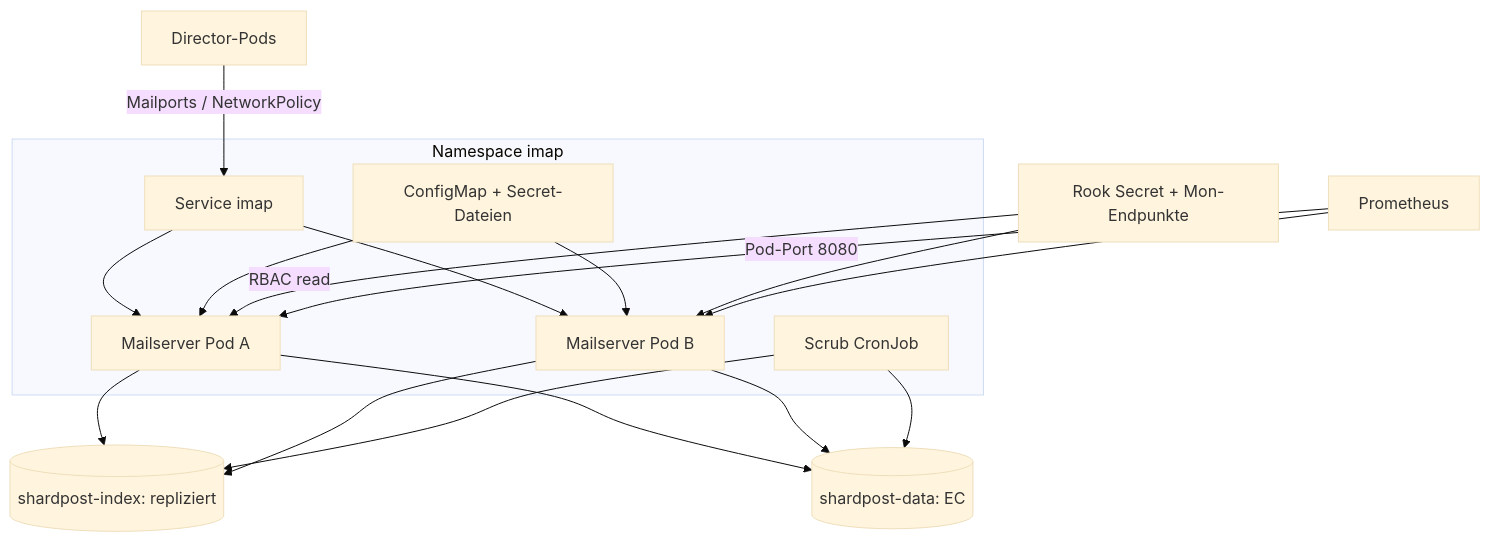
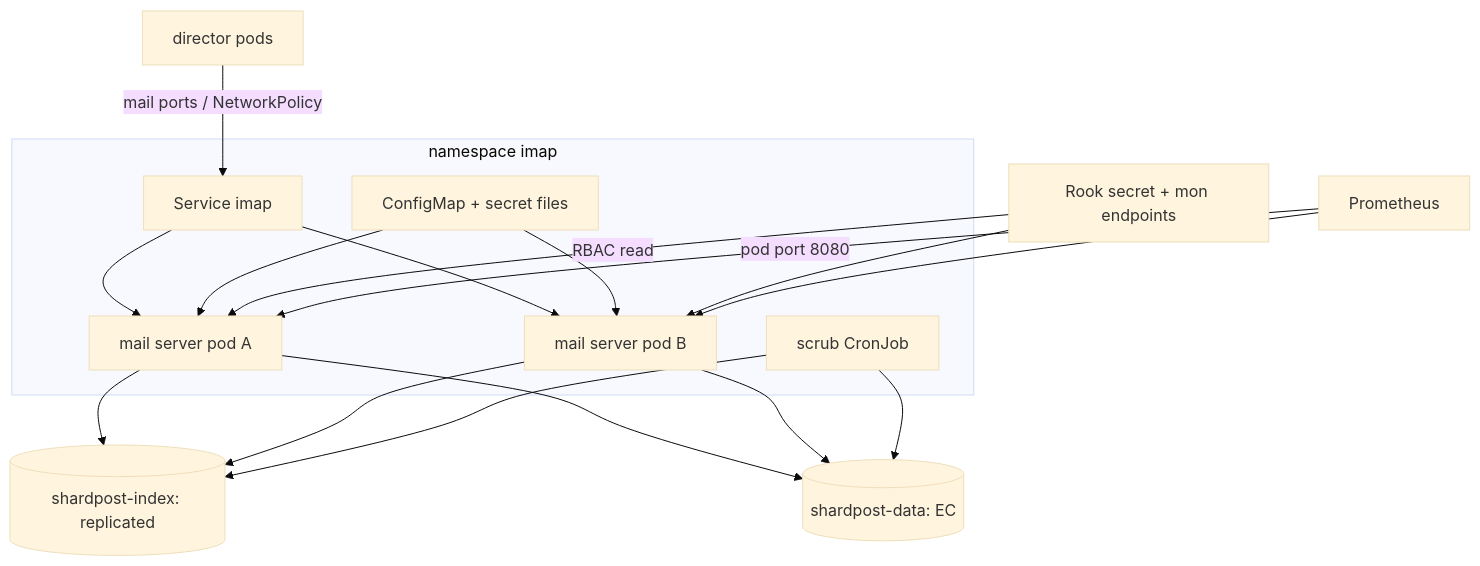
One commit to croessner/shardpost changed the diagram in docs/diagrams/deployment.mmd. Above: the diagram before and after it, drawn with Mermaid (base theme). The commit also changed 19 other files, not shown here.

First line of the commit message:
docs: fix reference discrepancies, translate the old diagrams

```diff
--- a/docs/diagrams/deployment.mmd
+++ b/docs/diagrams/deployment.mmd
@@ -1,19 +1,19 @@
 flowchart TB
-    Director[Director-Pods] -->|Mailports / NetworkPolicy| Service[Service imap]
-    subgraph Namespace[Namespace imap]
-        Service --> A[Mailserver Pod A]
-        Service --> B[Mailserver Pod B]
-        Scrub[Scrub CronJob]
-        Config[ConfigMap + Secret-Dateien] --> A
+    Director[director pods] -->|mail ports / NetworkPolicy| Service[Service imap]
+    subgraph Namespace[namespace imap]
+        Service --> A[mail server pod A]
+        Service --> B[mail server pod B]
+        Scrub[scrub CronJob]
+        Config[ConfigMap + secret files] --> A
         Config --> B
     end
-    A --> Index[(shardpost-index: repliziert)]
+    A --> Index[(shardpost-index: replicated)]
     A --> Data[(shardpost-data: EC)]
     B --> Index
     B --> Data
     Scrub --> Index
     Scrub --> Data
-    Rook[Rook Secret + Mon-Endpunkte] -->|RBAC read| A
+    Rook[Rook secret + mon endpoints] -->|RBAC read| A
     Rook --> B
-    Prom[Prometheus] -->|Pod-Port 8080| A
+    Prom[Prometheus] -->|pod port 8080| A
     Prom --> B
```
